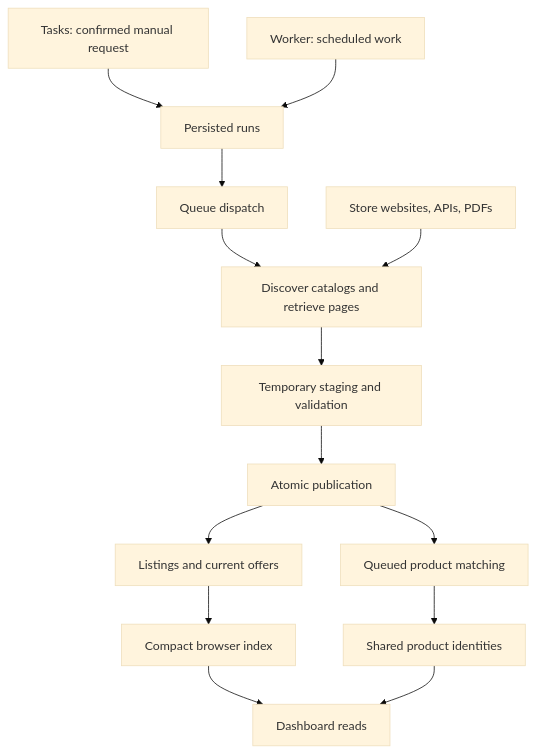
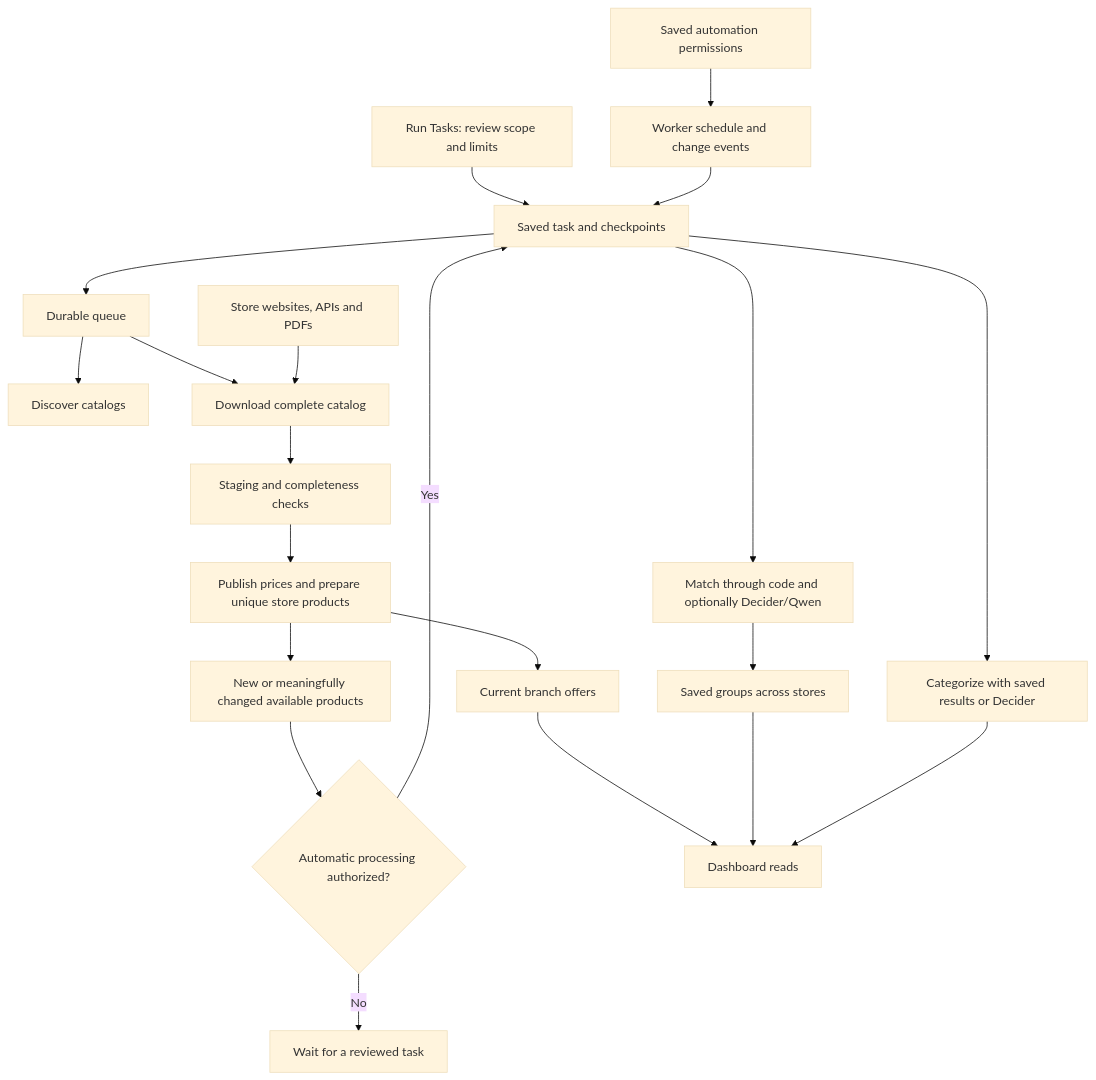
One commit to gotch27/mkd-price-aggregator changed the diagram in docs/repository-guide.md. Above: the diagram before and after it, drawn with Mermaid (base theme). The commit also changed other lines of this file and 86 other files, not shown here.

````diff
--- a/docs/repository-guide.md
+++ b/docs/repository-guide.md
@@ -20,16 +18,23 @@
 ```mermaid
 flowchart TD
-  Manual[Tasks: confirmed manual request] --> Runs[Persisted runs]
-  Schedule[Worker: scheduled work] --> Runs
-  Runs --> Queue[Queue dispatch]
-  Queue --> Import[Discover catalogs and retrieve pages]
-  Sites[Store websites, APIs, PDFs] --> Import
-  Import --> Stage[Temporary staging and validation]
-  Stage --> Publish[Atomic publication]
-  Publish --> Prices[Listings and current offers]
-  Publish --> Matching[Queued product matching]
-  Matching --> Products[Shared product identities]
-  Prices --> Index[Compact browser index]
-  Index --> Dashboard[Dashboard reads]
-  Products --> Dashboard
+  Review[Run Tasks: review scope and limits] --> Tasks[Saved task and checkpoints]
+  Settings[Saved automation permissions] --> Scheduler[Worker schedule and change events]
+  Scheduler --> Tasks
+  Tasks --> Queue[Durable queue]
+  Queue --> Discover[Discover catalogs]
+  Queue --> Download[Download complete catalog]
+  Sites[Store websites, APIs and PDFs] --> Download
+  Download --> Stage[Staging and completeness checks]
+  Stage --> Publish[Publish prices and prepare unique store products]
+  Publish --> Offers[Current branch offers]
+  Publish --> Changes[New or meaningfully changed available products]
+  Changes --> Permission{Automatic processing authorized?}
+  Permission -->|Yes| Tasks
+  Permission -->|No| Waiting[Wait for a reviewed task]
+  Tasks --> Categories[Categorize with saved results or Decider]
+  Tasks --> Matching[Match through code and optionally Decider/Qwen]
+  Matching --> Groups[Saved groups across stores]
+  Offers --> Dashboard[Dashboard reads]
+  Groups --> Dashboard
+  Categories --> Dashboard
 ```
````
